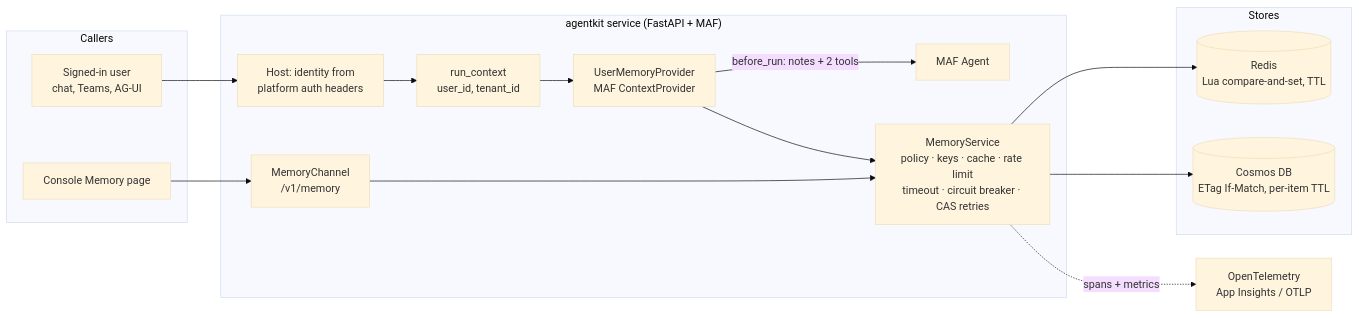
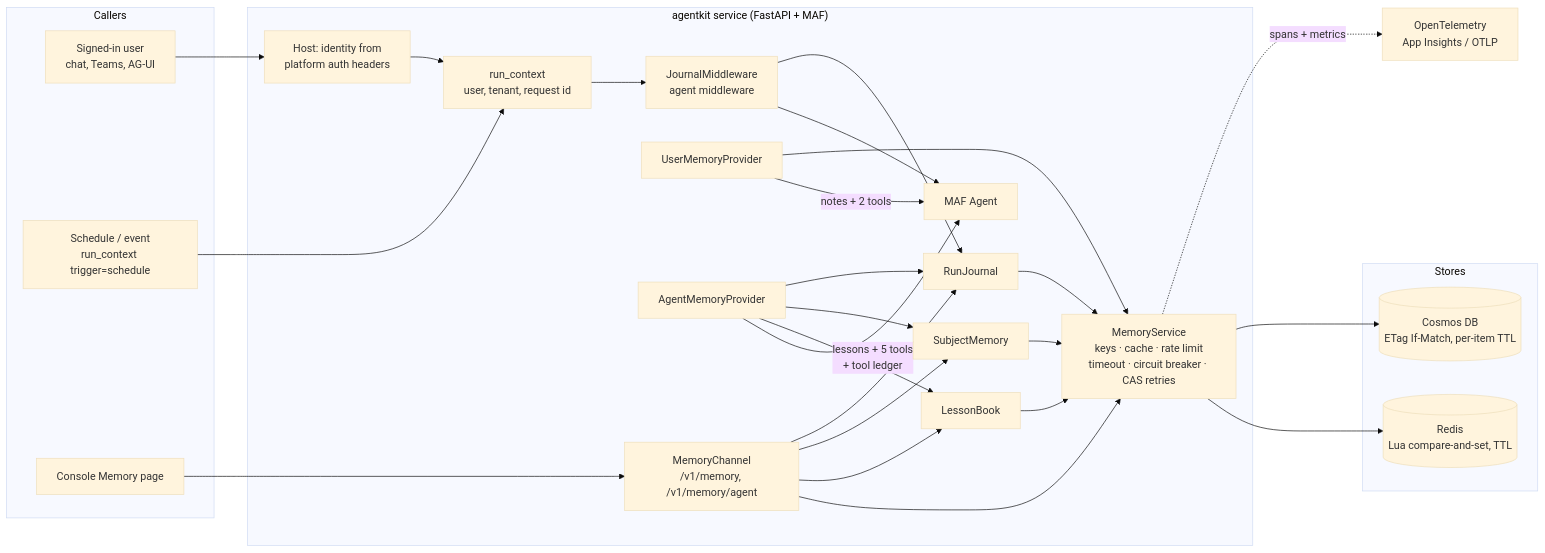
The diagram in packages/agentkit-memory/README.md (bensunder/maf-golden-path), drawn with Mermaid (base theme) before and after one commit. The commit also changed other lines of this file and 64 other files, not shown here.

First line of the commit message:
Long-term memory on by default: agent lessons, subject memory, run journal

````diff
--- a/packages/agentkit-memory/README.md
+++ b/packages/agentkit-memory/README.md
@@ -70,28 +81,37 @@
 ```mermaid
 flowchart LR
     subgraph Callers
         U[Signed-in user<br/>chat, Teams, AG-UI]
+        SCH[Schedule / event<br/>run_context trigger=schedule]
         C[Console Memory page]
     end
 
     subgraph Service["agentkit service (FastAPI + MAF)"]
-        H[Host: identity from<br/>platform auth headers] --> RC[run_context<br/>user_id, tenant_id]
-        RC --> P[UserMemoryProvider<br/>MAF ContextProvider]
-        P -->|before_run: notes + 2 tools| A[MAF Agent]
-        API[MemoryChannel<br/>/v1/memory]
-        P --> S
-        API --> S
-        S[MemoryService<br/>policy · keys · cache · rate limit<br/>timeout · circuit breaker · CAS retries]
+        H[Host: identity from<br/>platform auth headers] --> RC[run_context<br/>user, tenant, request id]
+        RC --> J[JournalMiddleware<br/>agent middleware]
+        J --> A[MAF Agent]
+        UP[UserMemoryProvider] -->|notes + 2 tools| A
+        AP[AgentMemoryProvider] -->|lessons + 5 tools<br/>+ tool ledger| A
+        API[MemoryChannel<br/>/v1/memory, /v1/memory/agent]
+        UP --> S
+        AP --> L & SU & JR
+        J --> JR
+        API --> S & L & SU & JR
+        L[LessonBook] --> S
+        SU[SubjectMemory] --> S
+        JR[RunJournal] --> S
+        S[MemoryService<br/>keys · cache · rate limit<br/>timeout · circuit breaker · CAS retries]
     end
 
     subgraph Stores
         R[(Redis<br/>Lua compare-and-set, TTL)]
         CO[(Cosmos DB<br/>ETag If-Match, per-item TTL)]
     end
 
     U --> H
+    SCH --> RC
     C --> API
     S --> R
     S --> CO
     S -.spans + metrics.-> OT[OpenTelemetry<br/>App Insights / OTLP]
 ```
````
